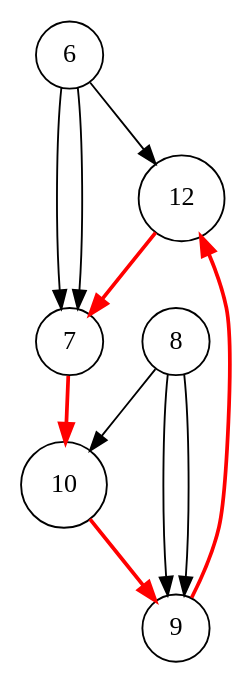
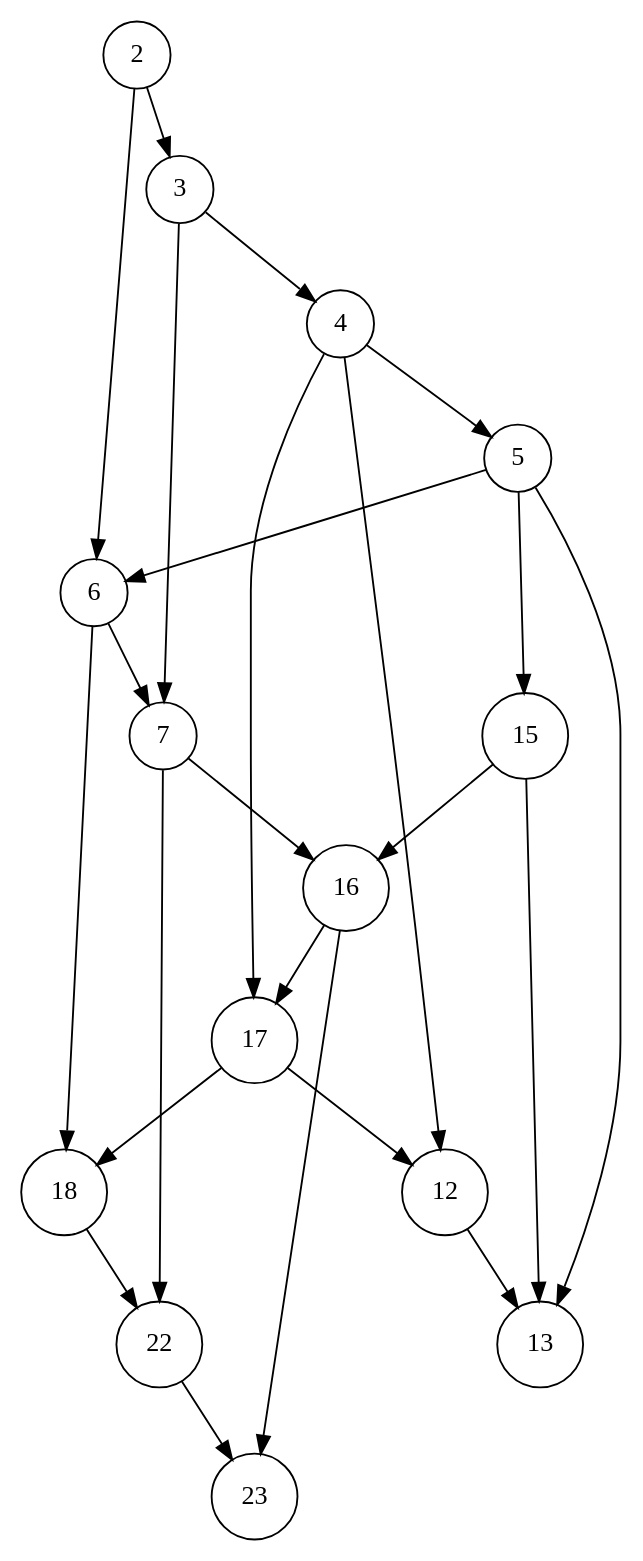
The diagram in execution_3.dot (gintskk/execution-log-parser), drawn with Graphviz before and after one commit. The commit also changed 22 other files, not shown here.

```diff
--- a/execution_3.dot
+++ b/execution_3.dot
@@ -1,14 +1,26 @@
 digraph execution {
   node [shape=circle];
-  12 -> 7 [color=red, penwidth=2.0];
-  10 -> 9 [color=red, penwidth=2.0];
-  7 -> 10 [color=red, penwidth=2.0];
+  18 -> 22;
+  7 -> 22;
+  7 -> 16;
   6 -> 7;
-  6 -> 12;
-  6 -> 7;
-  9 -> 12 [color=red, penwidth=2.0];
-  8 -> 9;
-  8 -> 10;
-  8 -> 9;
-  {node [style=filled, fillcolor=lightpink] 12 7 10 9 12 }
+  6 -> 18;
+  22 -> 23;
+  5 -> 6;
+  5 -> 15;
+  5 -> 13;
+  4 -> 5;
+  4 -> 17;
+  4 -> 12;
+  3 -> 4;
+  3 -> 7;
+  2 -> 3;
+  2 -> 6;
+  12 -> 13;
+  17 -> 18;
+  17 -> 12;
+  16 -> 17;
+  16 -> 23;
+  15 -> 16;
+  15 -> 13;
 }
```
